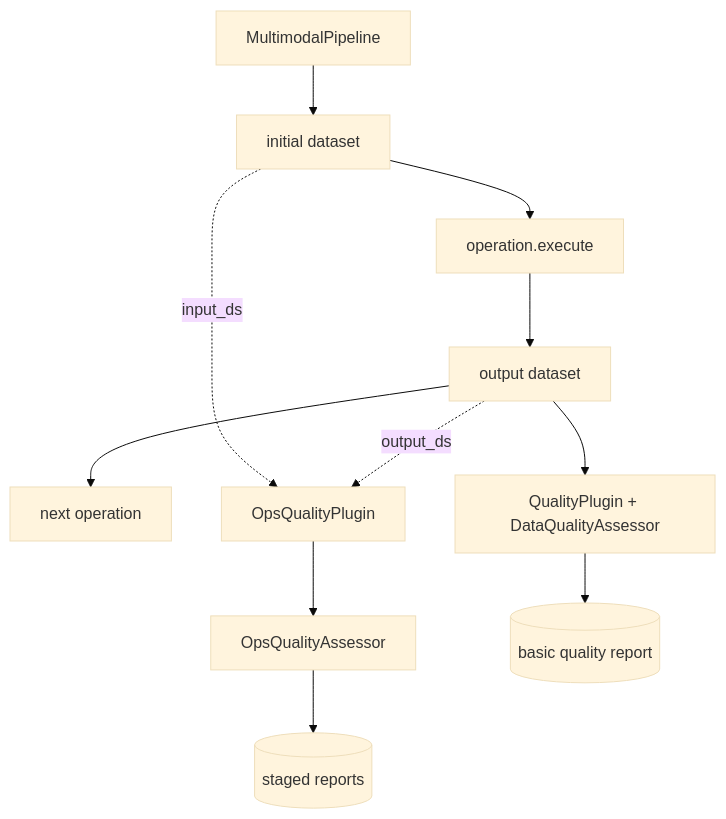
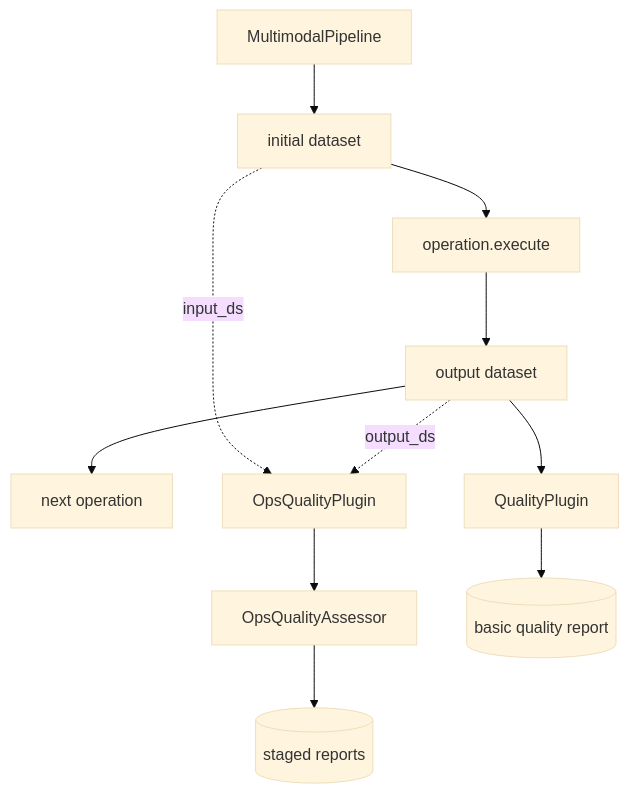
One commit to Wenwen555/ops-quality-assessment changed the diagram in docs/pipeline-boundary.md. Above: the diagram before and after it, drawn with Mermaid (base theme). The commit also changed other lines of this file and 10 other files, not shown here.

````diff
--- a/docs/pipeline-boundary.md
+++ b/docs/pipeline-boundary.md
@@ -33,15 +33,15 @@
 ```mermaid
 flowchart TB
     A[MultimodalPipeline] --> B[initial dataset]
     B --> C[operation.execute]
     C --> D[output dataset]
     D --> E[next operation]
 
     B -.input_ds.-> P[OpsQualityPlugin]
     D -.output_ds.-> P
     P --> Q[OpsQualityAssessor]
     Q --> R[(staged reports)]
 
-    D --> S[QualityPlugin + DataQualityAssessor]
+    D --> S[QualityPlugin]
     S --> T[(basic quality report)]
 ```
````
